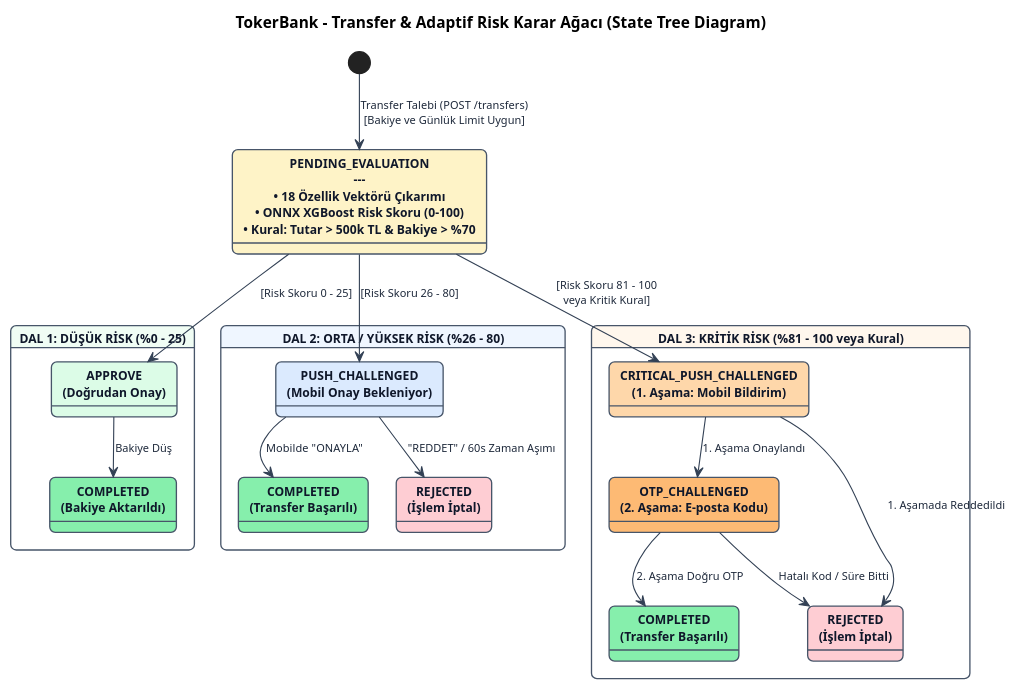
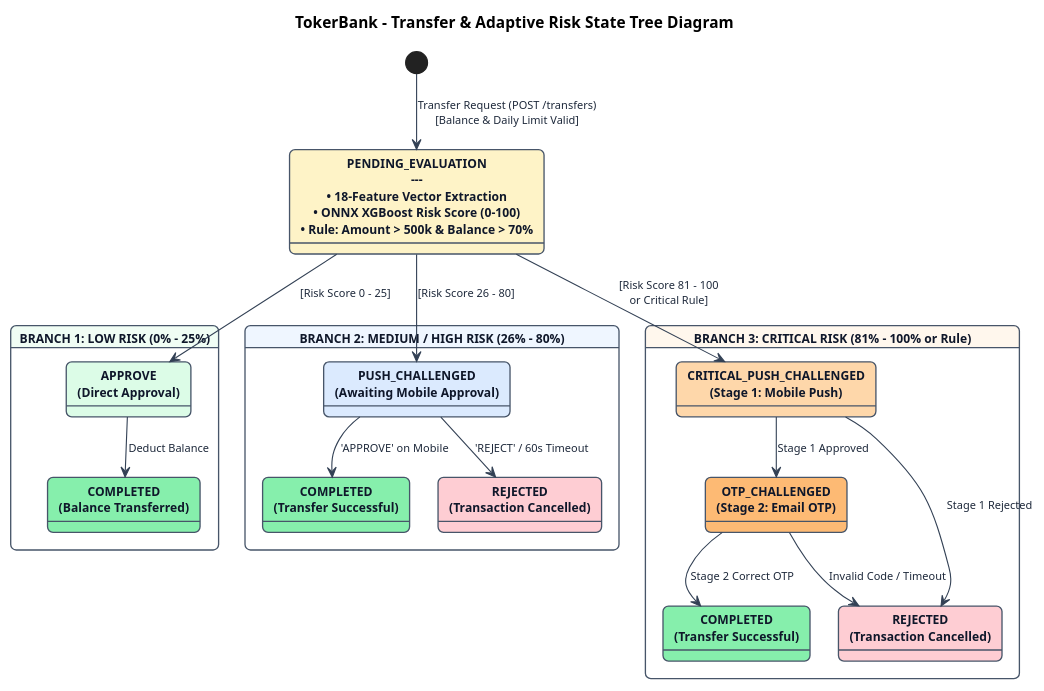
One commit to boratoker/banking-auth-fraud-engine changed the diagram in diagrams/transaction_state_machine.puml. Above: the diagram before and after it, drawn with PlantUML. The commit also changed 2 other files, not shown here.

Commit message:
refactor: translate diagram text to English and add new ML training pipeline diagram

```diff
--- a/diagrams/transaction_state_machine.puml
+++ b/diagrams/transaction_state_machine.puml
@@ -1,82 +1,82 @@
 @startuml Transaction_Risk_Tree
-title TokerBank - Transfer & Adaptif Risk Karar Ağacı (State Tree Diagram)
+title TokerBank - Transfer & Adaptive Risk State Tree Diagram
 
 ' ============================================================
-'  Hiyerarşik Ağaç (Tree-Structured) Durum ve Karar Mimarisi
+'  Hierarchical Tree-Structured State and Decision Architecture
 ' ============================================================
 
 top to bottom direction
 
 skinparam backgroundColor #FFFFFF
 skinparam defaultFontName "Helvetica", "Arial", sans-serif
 skinparam defaultFontSize 11
 skinparam shadowing false
 skinparam roundcorner 10
 skinparam nodesep 25
 skinparam ranksep 40
 
-' --- Stil Tanımları ---
+' --- Style Definitions ---
 skinparam state {
   BorderColor #475569
   BorderThickness 1.2
   FontColor #0F172A
   FontSize 11
   FontStyle bold
   ArrowColor #334155
   ArrowFontColor #1E293B
   ArrowFontSize 10
 }
 
 ' ============================================================
-'  1. KÖK DÜĞÜM (Root Node)
+'  1. ROOT NODE
 ' ============================================================
 
-[*] --> S_EVAL : Transfer Talebi (POST /transfers)\n[Bakiye ve Günlük Limit Uygun]
+[*] --> S_EVAL : Transfer Request (POST /transfers)\n[Balance & Daily Limit Valid]
 
-state "PENDING_EVALUATION\n---\n• 18 Özellik Vektörü Çıkarımı\n• ONNX XGBoost Risk Skoru (0-100)\n• Kural: Tutar > 500k TL & Bakiye > %70" as S_EVAL #FEF3C7
+state "PENDING_EVALUATION\n---\n• 18-Feature Vector Extraction\n• ONNX XGBoost Risk Score (0-100)\n• Rule: Amount > 500k & Balance > 70%" as S_EVAL #FEF3C7
 
 ' ============================================================
-'  2. AĞAÇ DALLARI (Tree Branches)
+'  2. TREE BRANCHES
 ' ============================================================
 
-' --- DAL 1: Düşük Risk ---
-state "DAL 1: DÜŞÜK RİSK (%0 - 25)" as Branch1 #F0FDF4 {
-  state "APPROVE\n(Doğrudan Onay)" as B1_Approve #DCFCE7
-  state "COMPLETED\n(Bakiye Aktarıldı)" as B1_Comp #86EFAC
+' --- BRANCH 1: Low Risk ---
+state "BRANCH 1: LOW RISK (0% - 25%)" as Branch1 #F0FDF4 {
+  state "APPROVE\n(Direct Approval)" as B1_Approve #DCFCE7
+  state "COMPLETED\n(Balance Transferred)" as B1_Comp #86EFAC
   
-  B1_Approve --> B1_Comp : Bakiye Düş
+  B1_Approve --> B1_Comp : Deduct Balance
 }
 
-' --- DAL 2: Orta & Yüksek Risk ---
-state "DAL 2: ORTA / YÜKSEK RİSK (%26 - 80)" as Branch2 #EFF6FF {
-  state "PUSH_CHALLENGED\n(Mobil Onay Bekleniyor)" as B2_Push #DBEAFE
-  state "COMPLETED\n(Transfer Başarılı)" as B2_Comp #86EFAC
-  state "REJECTED\n(İşlem İptal)" as B2_Rej #FECDD3
+' --- BRANCH 2: Medium & High Risk ---
+state "BRANCH 2: MEDIUM / HIGH RISK (26% - 80%)" as Branch2 #EFF6FF {
+  state "PUSH_CHALLENGED\n(Awaiting Mobile Approval)" as B2_Push #DBEAFE
+  state "COMPLETED\n(Transfer Successful)" as B2_Comp #86EFAC
+  state "REJECTED\n(Transaction Cancelled)" as B2_Rej #FECDD3
   
-  B2_Push --> B2_Comp : Mobilde "ONAYLA"
-  B2_Push --> B2_Rej : "REDDET" / 60s Zaman Aşımı
+  B2_Push --> B2_Comp : 'APPROVE' on Mobile
+  B2_Push --> B2_Rej : 'REJECT' / 60s Timeout
 }
 
-' --- DAL 3: Kritik Risk ---
-state "DAL 3: KRİTİK RİSK (%81 - 100 veya Kural)" as Branch3 #FFF7ED {
-  state "CRITICAL_PUSH_CHALLENGED\n(1. Aşama: Mobil Bildirim)" as B3_Crit #FED7AA
-  state "OTP_CHALLENGED\n(2. Aşama: E-posta Kodu)" as B3_Otp #FDBA74
-  state "COMPLETED\n(Transfer Başarılı)" as B3_Comp #86EFAC
-  state "REJECTED\n(İşlem İptal)" as B3_Rej #FECDD3
+' --- BRANCH 3: Critical Risk ---
+state "BRANCH 3: CRITICAL RISK (81% - 100% or Rule)" as Branch3 #FFF7ED {
+  state "CRITICAL_PUSH_CHALLENGED\n(Stage 1: Mobile Push)" as B3_Crit #FED7AA
+  state "OTP_CHALLENGED\n(Stage 2: Email OTP)" as B3_Otp #FDBA74
+  state "COMPLETED\n(Transfer Successful)" as B3_Comp #86EFAC
+  state "REJECTED\n(Transaction Cancelled)" as B3_Rej #FECDD3
   
-  B3_Crit --> B3_Otp : 1. Aşama Onaylandı
-  B3_Crit --> B3_Rej : 1. Aşamada Reddedildi
-  B3_Otp --> B3_Comp : 2. Aşama Doğru OTP
-  B3_Otp --> B3_Rej : Hatalı Kod / Süre Bitti
+  B3_Crit --> B3_Otp : Stage 1 Approved
+  B3_Crit --> B3_Rej : Stage 1 Rejected
+  B3_Otp --> B3_Comp : Stage 2 Correct OTP
+  B3_Otp --> B3_Rej : Invalid Code / Timeout
 }
 
 
 ' ============================================================
-'  KÖKTEN DALLARA BAĞLANTILAR (Tree Distribution)
+'  ROOT TO BRANCH DISTRIBUTION
 ' ============================================================
 
-S_EVAL --> B1_Approve : [Risk Skoru 0 - 25]
-S_EVAL --> B2_Push : [Risk Skoru 26 - 80]
-S_EVAL --> B3_Crit : [Risk Skoru 81 - 100\nveya Kritik Kural]
+S_EVAL --> B1_Approve : [Risk Score 0 - 25]
+S_EVAL --> B2_Push : [Risk Score 26 - 80]
+S_EVAL --> B3_Crit : [Risk Score 81 - 100\nor Critical Rule]
 
 @enduml
```
